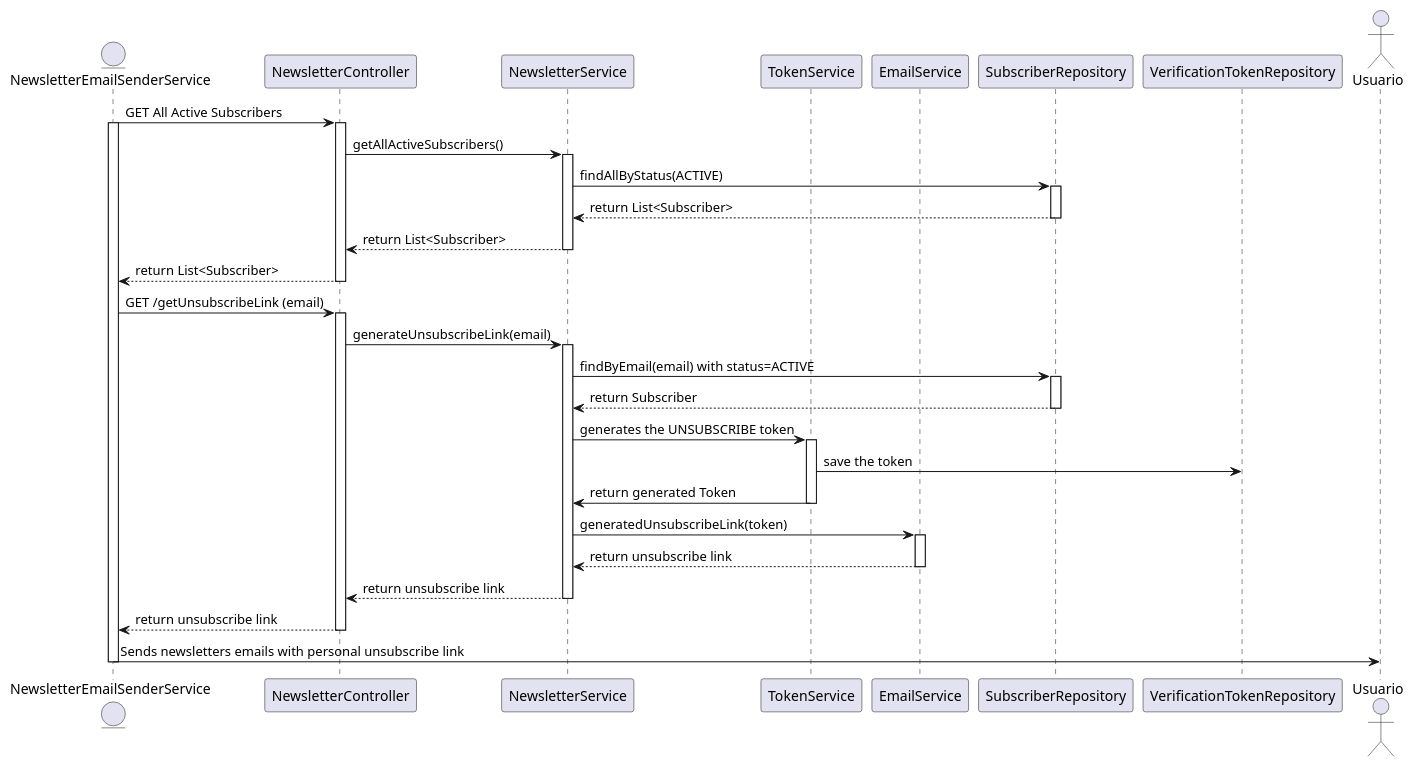
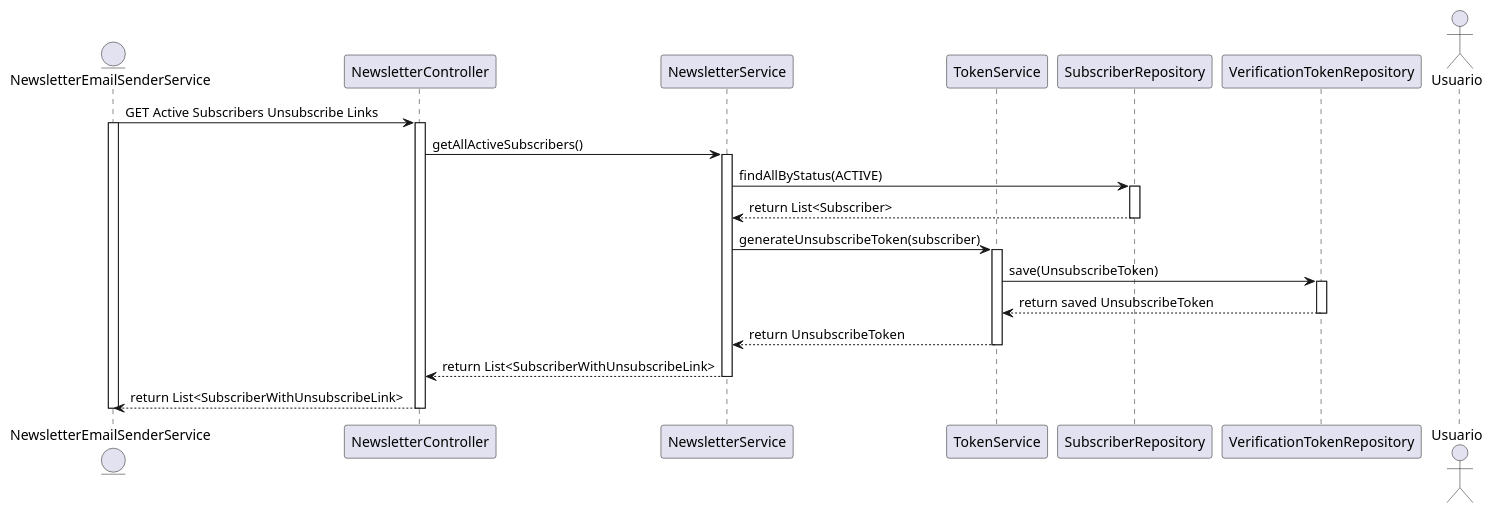
The diagram in plantUML/unsubscribelink_generation_sequence_diagram.puml (raullopezpenalva/Newsletter-Service), drawn with PlantUML before and after one commit. The commit also changed 21 other files, not shown here.

```diff
--- a/plantUML/unsubscribelink_generation_sequence_diagram.puml
+++ b/plantUML/unsubscribelink_generation_sequence_diagram.puml
@@ -1,51 +1,35 @@
 @startuml unsubscribeLink_generation_sequence_diagram
 entity "NewsletterEmailSenderService" as EmailSenderService
 
 participant "NewsletterController" as Controller
 participant "NewsletterService" as Service
 participant "TokenService" as TokenService
-participant "EmailService" as EmailService
 participant "SubscriberRepository" as Repo
 participant "VerificationTokenRepository" as TokenRepo
 
 actor Usuario
 
-EmailSenderService -> Controller : GET All Active Subscribers
+EmailSenderService -> Controller : GET Active Subscribers Unsubscribe Links
 activate EmailSenderService
 activate Controller
 Controller -> Service : getAllActiveSubscribers()
 activate Service
 Service -> Repo : findAllByStatus(ACTIVE)
 activate Repo
 Repo --> Service : return List<Subscriber>
 deactivate Repo
-Service --> Controller : return List<Subscriber>
+Service -> TokenService : generateUnsubscribeToken(subscriber)
+activate TokenService
+TokenService -> TokenRepo : save(UnsubscribeToken)
+activate TokenRepo
+TokenRepo --> TokenService : return saved UnsubscribeToken
+deactivate TokenRepo
+TokenService --> Service : return UnsubscribeToken
+deactivate TokenService
+Service --> Controller : return List<SubscriberWithUnsubscribeLink>
 deactivate Service
-Controller --> EmailSenderService : return List<Subscriber>
+Controller --> EmailSenderService : return List<SubscriberWithUnsubscribeLink>
 deactivate Controller
-
-EmailSenderService -> Controller : GET /getUnsubscribeLink (email)
-activate Controller
-Controller -> Service : generateUnsubscribeLink(email)
-activate Service
-Service -> Repo : findByEmail(email) with status=ACTIVE
-activate Repo
-Repo --> Service : return Subscriber
-deactivate Repo
-Service -> TokenService : generates the UNSUBSCRIBE token
-activate TokenService
-TokenService -> TokenRepo : save the token
-TokenService -> Service : return generated Token
-deactivate TokenService
-Service -> EmailService : generatedUnsubscribeLink(token)
-activate EmailService
-EmailService --> Service : return unsubscribe link
-deactivate EmailService
-Service --> Controller : return unsubscribe link
-deactivate Service
-Controller --> EmailSenderService : return unsubscribe link
-deactivate Controller
-EmailSenderService -> Usuario : Sends newsletters emails with personal unsubscribe link 
 deactivate EmailSenderService
 
 @enduml
```
